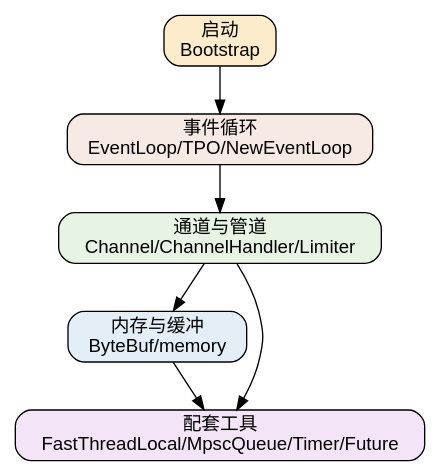
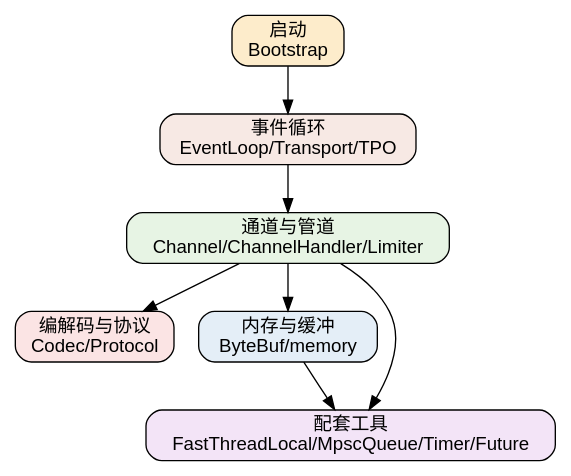
The diagram in docs/CS/Framework/Netty/README.md (Robinpig/Note), drawn with Graphviz before and after one commit. The commit also changed other lines of this file and 13 other files, not shown here.

````diff
--- a/docs/CS/Framework/Netty/README.md
+++ b/docs/CS/Framework/Netty/README.md
@@ -5,19 +5,21 @@
 ```dot
 digraph netty_index {
   rankdir=TB;
   node [shape=box, style="rounded,filled", fillcolor="#eef3fb", fontname="Helvetica"];
   edge [color="#555", fontsize=10];
 
   boot [label="启动\nBootstrap", fillcolor="#fdeccb"];
-  loop [label="事件循环\nEventLoop/TPO/NewEventLoop", fillcolor="#f7e9e4"];
+  loop [label="事件循环\nEventLoop/Transport/TPO", fillcolor="#f7e9e4"];
   chan [label="通道与管道\nChannel/ChannelHandler/Limiter", fillcolor="#e7f4e4"];
+  codec [label="编解码与协议\nCodec/Protocol", fillcolor="#fbe4e4"];
   mem [label="内存与缓冲\nByteBuf/memory", fillcolor="#e4eef7"];
   util [label="配套工具\nFastThreadLocal/MpscQueue/Timer/Future", fillcolor="#f3e4f7"];
 
   boot -> loop;
   loop -> chan;
+  chan -> codec;
   chan -> mem;
   chan -> util;
   mem -> util;
 }
 ```
````
